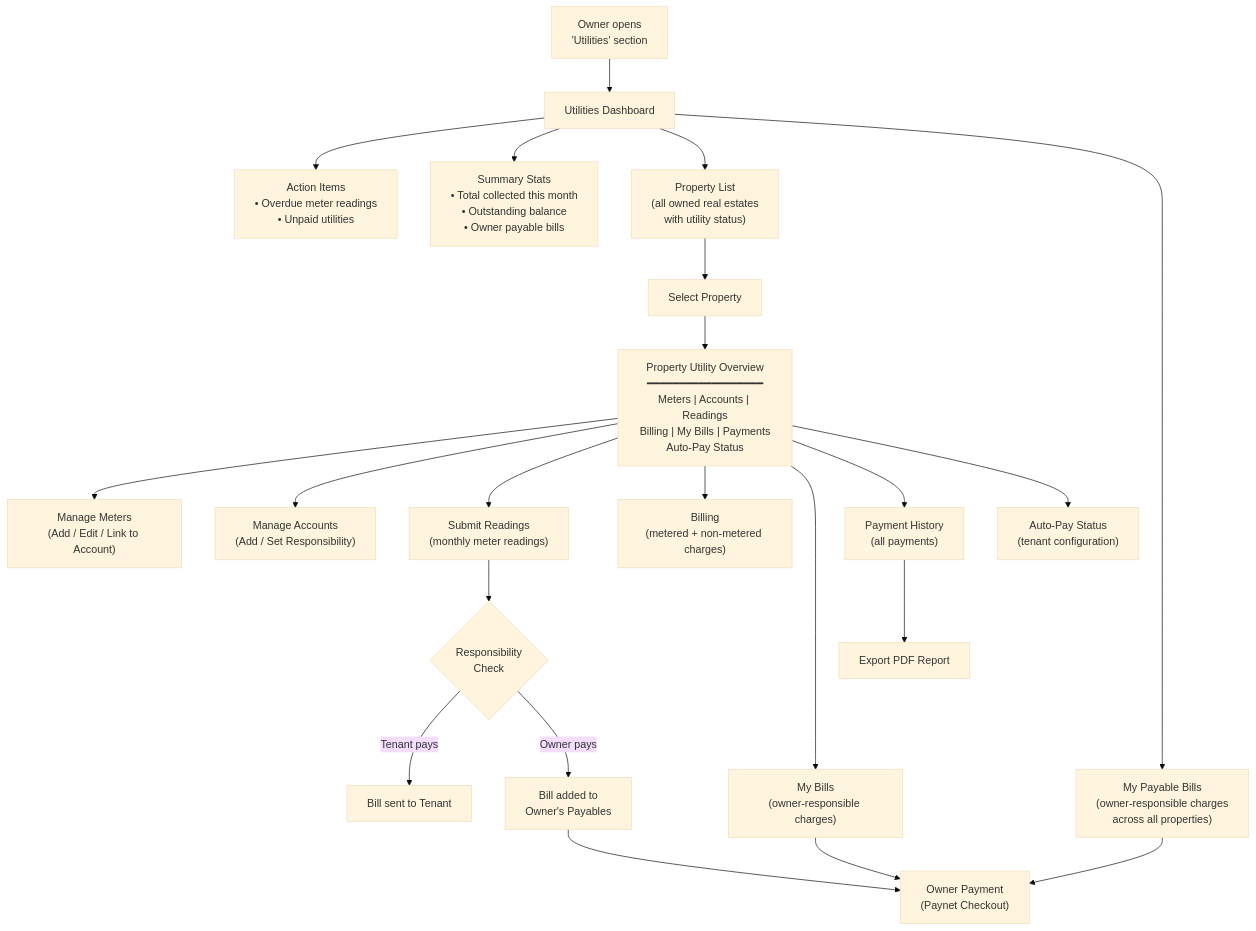
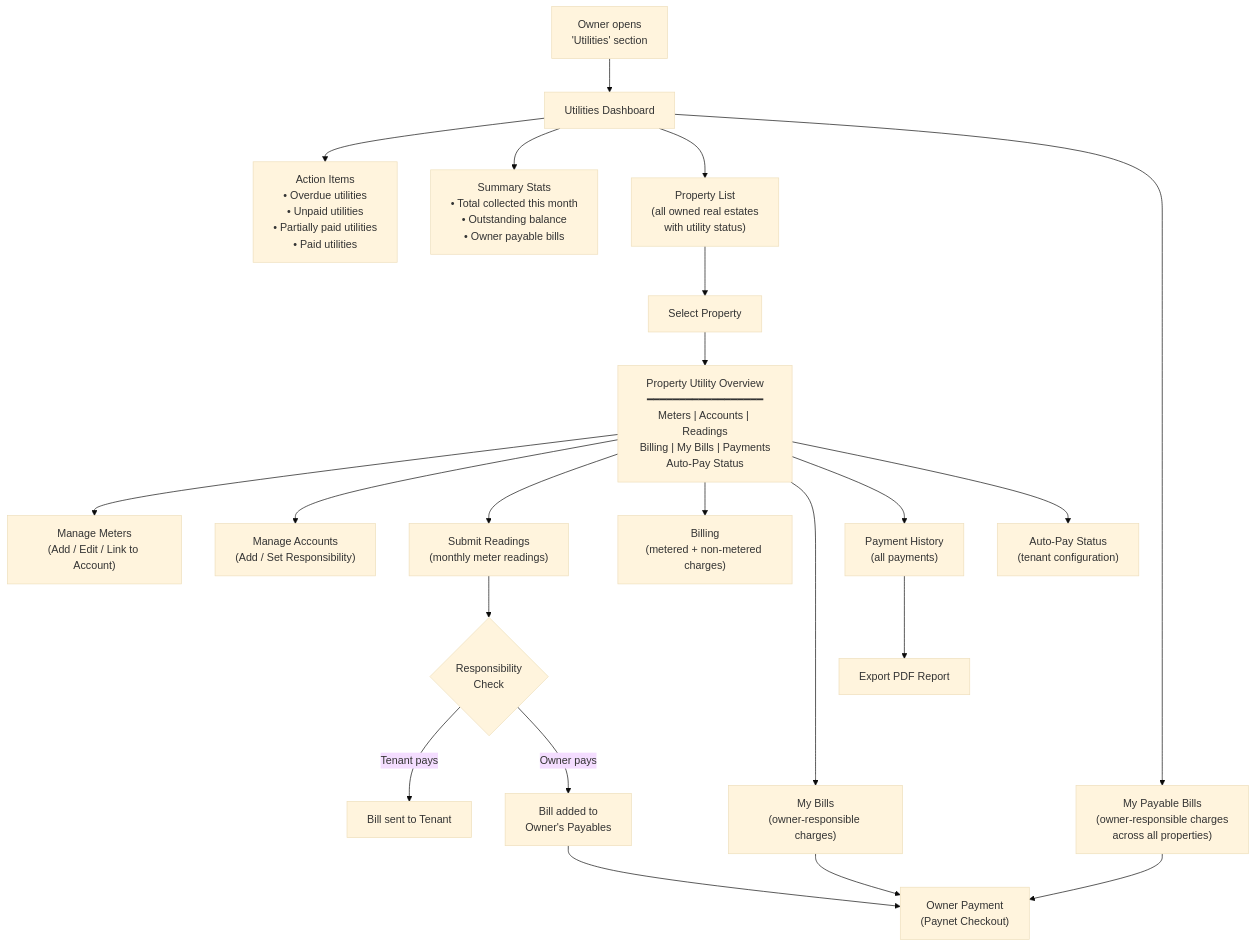
The first of 12 diagrams in Utilities - Business Owner.md (saodatm-dev/Utilities---Informational-Architecture), drawn with Mermaid (base theme) before and after one commit. The commit also changed other lines of this file, not shown here.

Commit message:
refactor: Refine billing automation descriptions, update dashboard alerts, remove tenant bill notifications, and clarify non-metered utility settlement.

````diff
--- a/Utilities - Business Owner.md
+++ b/Utilities - Business Owner.md
@@ -29,31 +29,31 @@
 ```mermaid
 flowchart TD
     START["Owner opens<br/>'Utilities' section"] --> DASHBOARD["Utilities Dashboard"]
 
-    DASHBOARD --> ALERTS["Action Items<br/>• Overdue meter readings<br/>• Unpaid utilities"]
+    DASHBOARD --> ALERTS["Action Items<br/>• Overdue utilities<br/>• Unpaid utilities<br/>• Partially paid utilities<br/>• Paid utilities"]
     DASHBOARD --> STATS["Summary Stats<br/>• Total collected this month<br/>• Outstanding balance<br/>• Owner payable bills"]
     DASHBOARD --> PROP_LIST["Property List<br/>(all owned real estates<br/>with utility status)"]
     DASHBOARD --> OWNER_BILLS["My Payable Bills<br/>(owner-responsible charges<br/>across all properties)"]
 
     PROP_LIST --> SELECT_PROP["Select Property"]
 
     SELECT_PROP --> PROP_VIEW["Property Utility Overview<br/>━━━━━━━━━━━━━━━━━━<br/>Meters | Accounts | Readings<br/>Billing | My Bills | Payments<br/>Auto-Pay Status"]
 
     PROP_VIEW --> METERS["Manage Meters<br/>(Add / Edit / Link to Account)"]
     PROP_VIEW --> ACCOUNTS["Manage Accounts<br/>(Add / Set Responsibility)"]
     PROP_VIEW --> READINGS["Submit Readings<br/>(monthly meter readings)"]
     PROP_VIEW --> BILLING["Billing<br/>(metered + non-metered charges)"]
     PROP_VIEW --> MY_BILLS["My Bills<br/>(owner-responsible charges)"]
     PROP_VIEW --> PAYMENTS["Payment History<br/>(all payments)"]
     PROP_VIEW --> AUTOPAY["Auto-Pay Status<br/>(tenant configuration)"]
 
     READINGS --> ROUTE{"Responsibility<br/>Check"}
     ROUTE -->|"Tenant pays"| TENANT_BILL["Bill sent to Tenant"]
     ROUTE -->|"Owner pays"| OWNER_QUEUE["Bill added to<br/>Owner's Payables"]
 
     OWNER_BILLS --> OWNER_PAY["Owner Payment<br/>(Paynet Checkout)"]
     OWNER_QUEUE --> OWNER_PAY
     MY_BILLS --> OWNER_PAY
 
     PAYMENTS --> EXPORT["Export PDF Report"]
 ```
````
